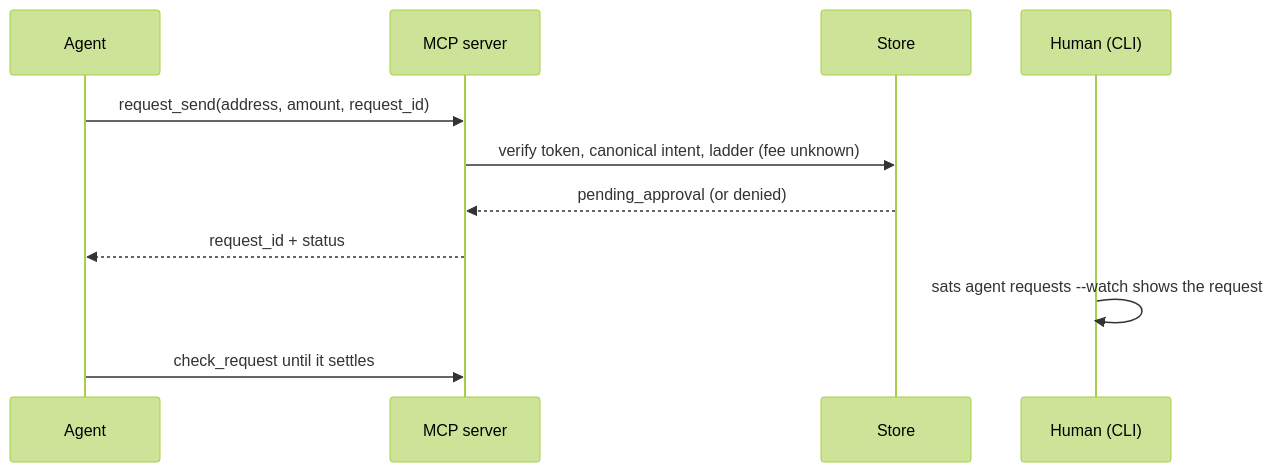
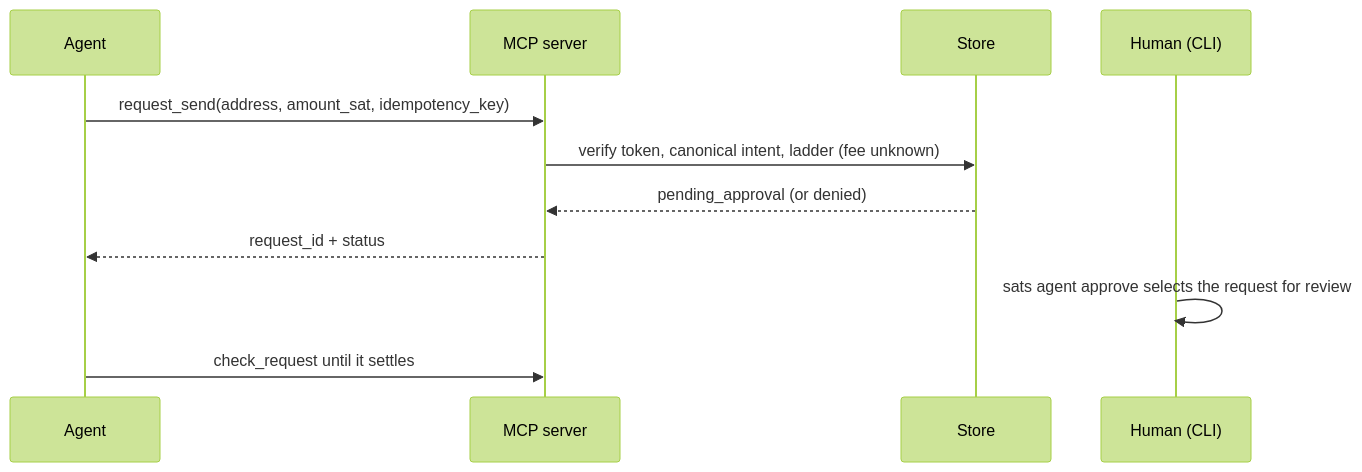
The third of 4 diagrams in docs/architecture.md (idemresearch/sats), drawn with Mermaid (forest theme) before and after one commit. The commit also changed other lines of this file and 26 other files, not shown here.

````diff
--- a/docs/architecture.md
+++ b/docs/architecture.md
@@ -163,13 +166,13 @@
 ```mermaid
 sequenceDiagram
     participant A as Agent
     participant M as MCP server
     participant S as Store
     participant H as Human (CLI)
-    A->>M: request_send(address, amount, request_id)
+    A->>M: request_send(address, amount_sat, idempotency_key)
     M->>S: verify token, canonical intent, ladder (fee unknown)
     S-->>M: pending_approval (or denied)
     M-->>A: request_id + status
-    H->>H: sats agent requests --watch shows the request
+    H->>H: sats agent approve selects the request for review
     A->>M: check_request until it settles
 ```
````
